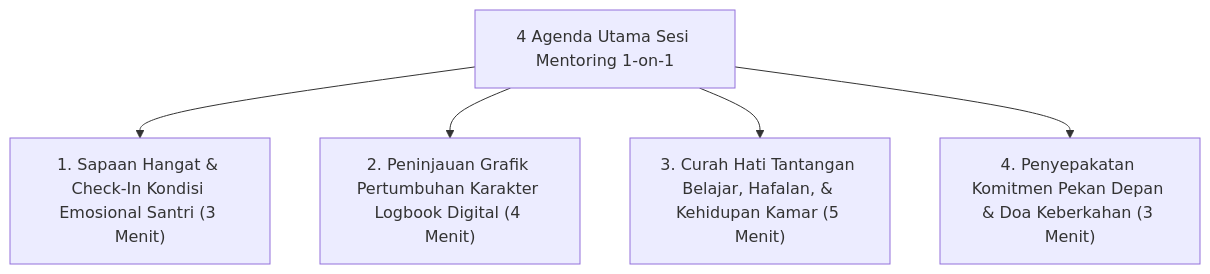
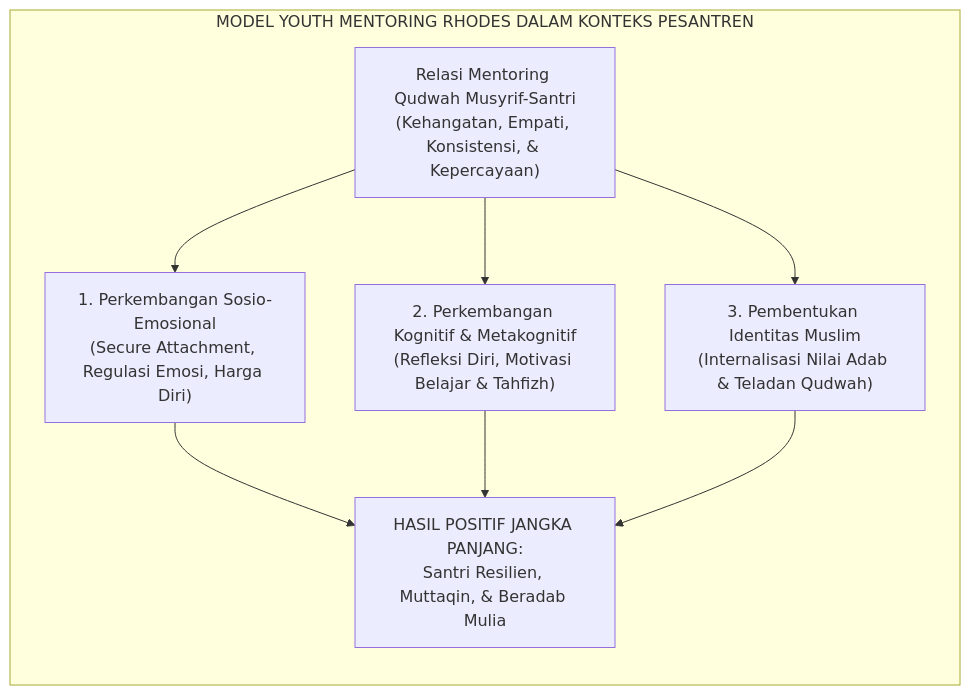
One commit to wandiapriliyandi/tumbuh changed the first of 2 diagrams in 08 Integrated Approaches/03 Mentoring/P8-03-01-Sistem-Mentoring-Qudwah-Musyrif-Santri.md. Above: the diagram before and after it, drawn with Mermaid. The commit also changed other lines of this file and 3 other files, not shown here.

````diff
--- a/08 Integrated Approaches/03 Mentoring/P8-03-01-Sistem-Mentoring-Qudwah-Musyrif-Santri.md
+++ b/08 Integrated Approaches/03 Mentoring/P8-03-01-Sistem-Mentoring-Qudwah-Musyrif-Santri.md
@@ -14,8 +28,9 @@
 ```mermaid
-graph TD
-    MentoringSessionSOP["4 Agenda Utama Sesi Mentoring 1-on-1"]
-    MentoringSessionSOP --> CheckIn["1. Sapaan Hangat & Check-In Kondisi Emosional Santri (3 Menit)"]
-    MentoringSessionSOP --> ProgressReview["2. Peninjauan Grafik Pertumbuhan Karakter Logbook Digital (4 Menit)"]
-    MentoringSessionSOP --> ChallengeDiscussion["3. Curah Hati Tantangan Belajar, Hafalan, & Kehidupan Kamar (5 Menit)"]
-    MentoringSessionSOP --> CommitmentDoa["4. Penyepakatan Komitmen Pekan Depan & Doa Keberkahan (3 Menit)"]
+flowchart LR
+    subgraph RhodesMentoring["MODEL YOUTH MENTORING RHODES DALAM KONTEKS PESANTREN"]
+        Relasi["Relasi Mentoring Qudwah Musyrif-Santri<br/>(Kehangatan, Empati, Konsistensi, & Kepercayaan)"] --> Jaras1["1. Perkembangan Sosio-Emosional<br/>(Secure Attachment, Regulasi Emosi, Harga Diri)"]
+        Relasi --> Jaras2["2. Perkembangan Kognitif & Metakognitif<br/>(Refleksi Diri, Motivasi Belajar & Tahfizh)"]
+        Relasi --> Jaras3["3. Pembentukan Identitas Muslim<br/>(Internalisasi Nilai Adab & Teladan Qudwah)"]
+        Jaras1 & Jaras2 & Jaras3 --> Hasil["HASIL POSITIF JANGKA PANJANG:<br/>Santri Resilien, Muttaqin, & Beradab Mulia"]
+    end
 ```
````
